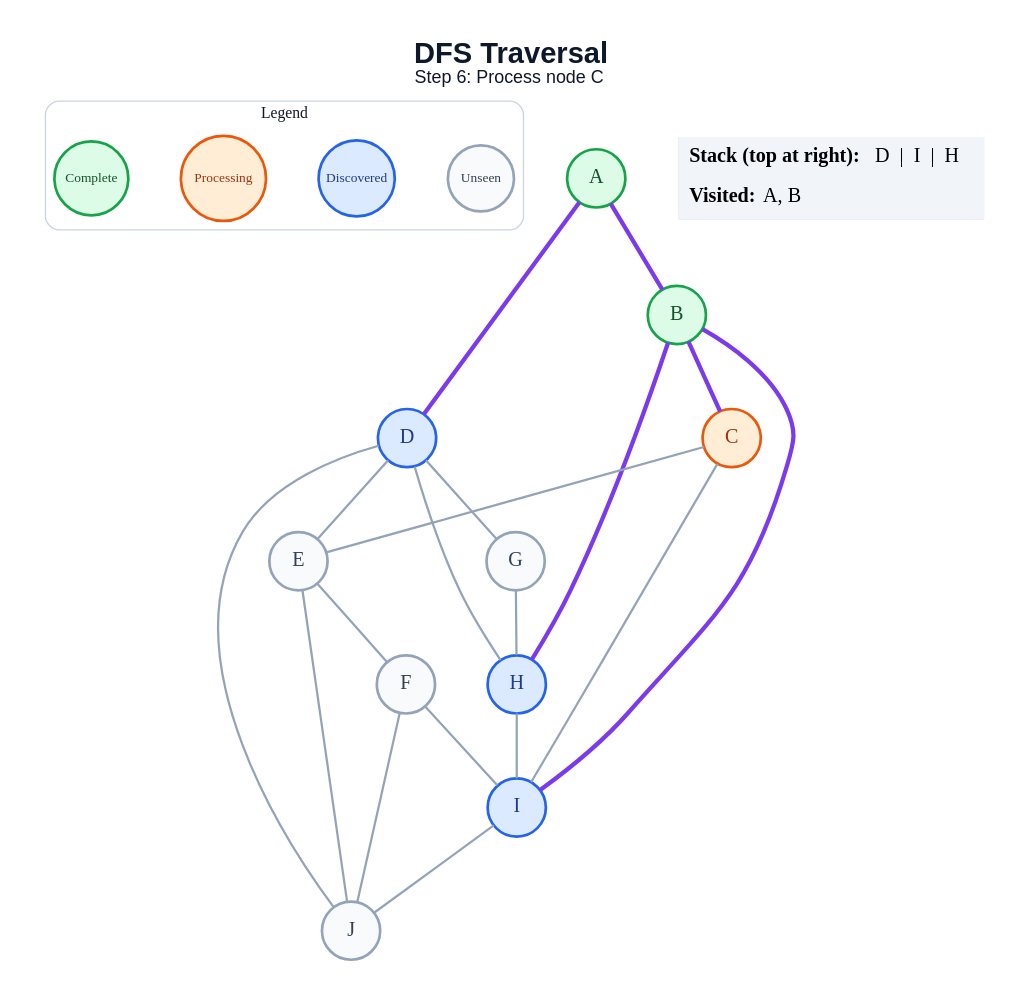
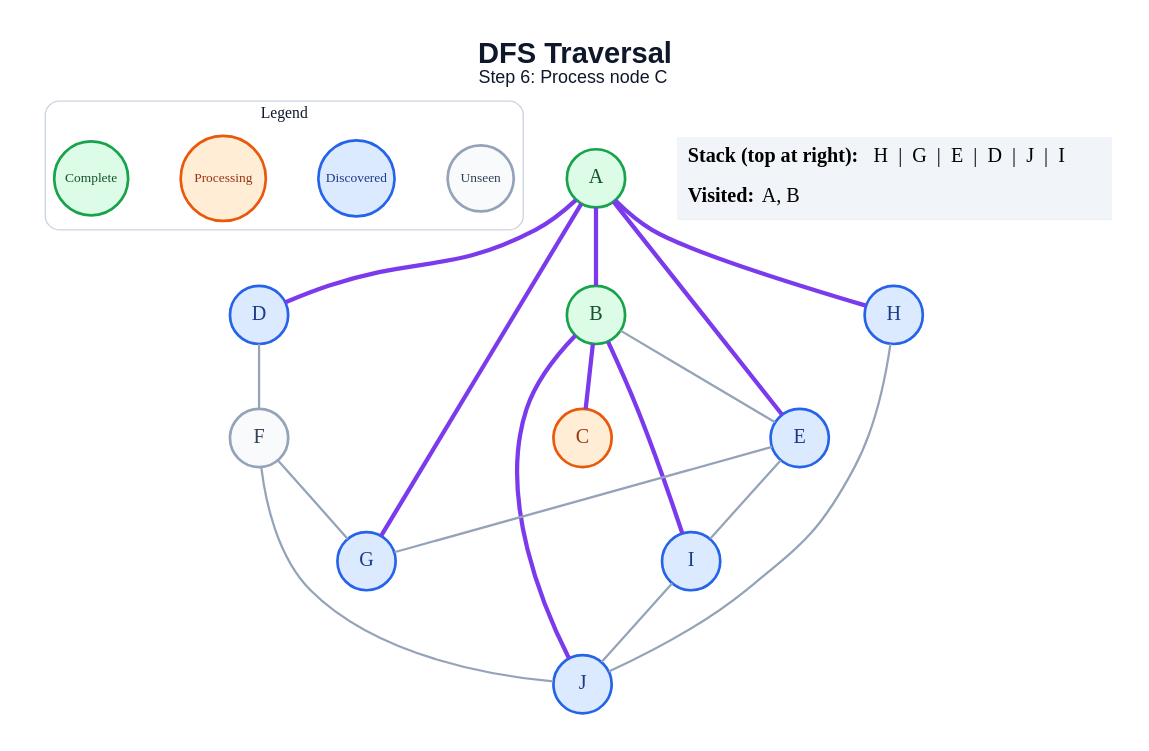
Before and after one commit to amanghodawala9/ai-slop: the diagram in generated/dfs/step_06.dot, drawn with Graphviz. The commit also changed 178 other files, not shown here.

```diff
--- a/generated/dfs/step_06.dot
+++ b/generated/dfs/step_06.dot
@@ -1,47 +1,45 @@
 graph traversal {
   graph [layout=dot, rankdir=TB, bgcolor="#FFFFFF", pad="0.35", nodesep="0.65", ranksep="0.8", fontname="Arial"];
   node [shape=circle, style="filled", fontname="Arial Bold", fontsize=18, width=0.72, fixedsize=true, penwidth=2.4];
   edge [color="#94A3B8", penwidth=2.0];
   label=<<B>DFS Traversal</B><BR/><FONT POINT-SIZE="16">Step 6: Process node C</FONT>>; labelloc="t"; fontsize=26; fontname="Arial"; fontcolor="#0F172A";
   subgraph cluster_legend { label="Legend"; color="#CBD5E1"; penwidth=1.2; style="rounded"; fontsize=14; fontname="Arial Bold";
     key_unseen [label="Unseen", fillcolor="#F8FAFC", color="#94A3B8", fontcolor="#334155", fontsize=12, width=0.82];
     key_frontier [label="Discovered", fillcolor="#DBEAFE", color="#2563EB", fontcolor="#1E3A8A", fontsize=12, width=0.95];
     key_current [label="Processing", fillcolor="#FFEDD5", color="#EA580C", fontcolor="#9A3412", fontsize=12, width=1.05];
     key_done [label="Complete", fillcolor="#DCFCE7", color="#16A34A", fontcolor="#14532D", fontsize=12, width=0.92];
     { rank=same; key_unseen; key_frontier; key_current; key_done; }
   }
   A [fillcolor="#DCFCE7", color="#16A34A", fontcolor="#14532D"];
   B [fillcolor="#DCFCE7", color="#16A34A", fontcolor="#14532D"];
   C [fillcolor="#FFEDD5", color="#EA580C", fontcolor="#9A3412"];
   D [fillcolor="#DBEAFE", color="#2563EB", fontcolor="#1E3A8A"];
-  E [fillcolor="#F8FAFC", color="#94A3B8", fontcolor="#334155"];
+  E [fillcolor="#DBEAFE", color="#2563EB", fontcolor="#1E3A8A"];
   F [fillcolor="#F8FAFC", color="#94A3B8", fontcolor="#334155"];
-  G [fillcolor="#F8FAFC", color="#94A3B8", fontcolor="#334155"];
+  G [fillcolor="#DBEAFE", color="#2563EB", fontcolor="#1E3A8A"];
   H [fillcolor="#DBEAFE", color="#2563EB", fontcolor="#1E3A8A"];
   I [fillcolor="#DBEAFE", color="#2563EB", fontcolor="#1E3A8A"];
-  J [fillcolor="#F8FAFC", color="#94A3B8", fontcolor="#334155"];
+  J [fillcolor="#DBEAFE", color="#2563EB", fontcolor="#1E3A8A"];
   A -- B [color="#7C3AED", penwidth=3.8];
   A -- D [color="#7C3AED", penwidth=3.8];
+  A -- E [color="#7C3AED", penwidth=3.8];
+  A -- G [color="#7C3AED", penwidth=3.8];
+  A -- H [color="#7C3AED", penwidth=3.8];
   B -- C [color="#7C3AED", penwidth=3.8];
-  B -- H [color="#7C3AED", penwidth=3.8];
+  B -- E;
   B -- I [color="#7C3AED", penwidth=3.8];
-  C -- E;
-  C -- I;
-  D -- E;
-  D -- G;
-  D -- H;
-  D -- J;
-  E -- F;
-  E -- J;
-  F -- I;
+  B -- J [color="#7C3AED", penwidth=3.8];
+  D -- F;
+  E -- G;
+  E -- I;
+  F -- G;
   F -- J;
-  G -- H;
-  H -- I;
+  H -- J;
   I -- J;
   status [shape=plain, fixedsize=false, width=0, height=0, margin=0, label=<
     <TABLE BORDER="0" CELLBORDER="0" CELLPADDING="7" BGCOLOR="#F1F5F9">
-      <TR><TD ALIGN="LEFT"><B>Stack (top at right):</B> D  |  I  |  H</TD></TR>
+      <TR><TD ALIGN="LEFT"><B>Stack (top at right):</B> H  |  G  |  E  |  D  |  J  |  I</TD></TR>
       <TR><TD ALIGN="LEFT"><B>Visited:</B> A, B</TD></TR>
     </TABLE>
   >];
 }
```
